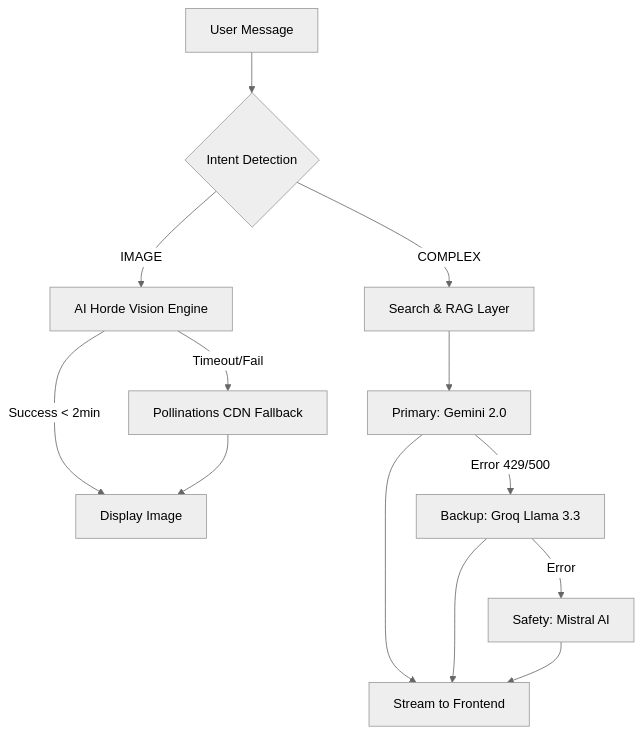
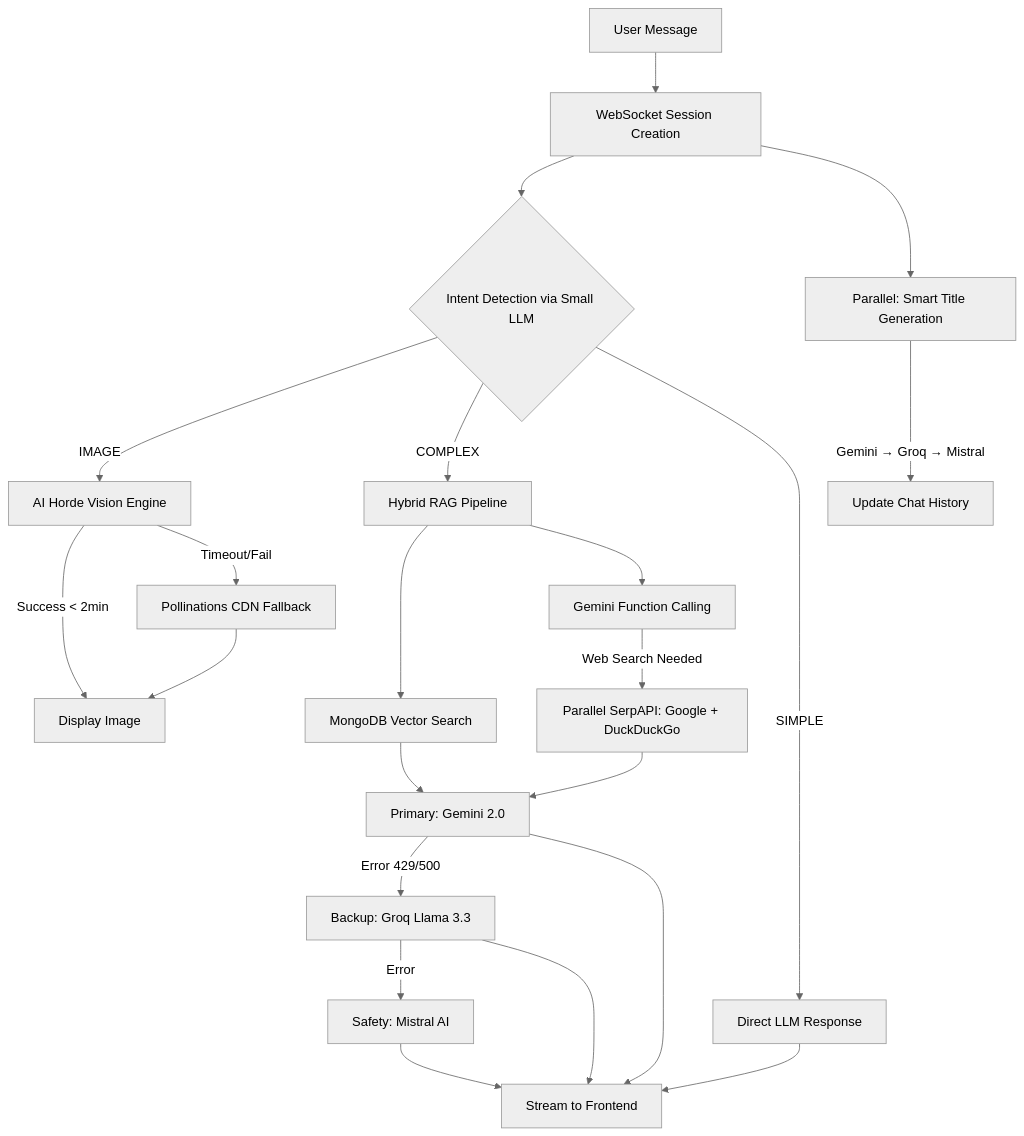
One commit to sriram629/AI-ChatBot changed the diagram in README.md. Above: the diagram before and after it, drawn with Mermaid (neutral theme). The commit also changed other lines of this file, not shown here.

````diff
--- a/README.md
+++ b/README.md
@@ -26,16 +26,27 @@
 ```mermaid
 graph TD
-    A[User Message] --> B{Intent Detection}
-    B -- "IMAGE" --> C[AI Horde Vision Engine]
-    C -- "Success < 2min" --> D[Display Image]
-    C -- "Timeout/Fail" --> E[Pollinations CDN Fallback]
-    E --> D
+    A[User Message] --> B[WebSocket Session Creation]
+    B --> C{Intent Detection via Small LLM}
+    C -- "IMAGE" --> D[AI Horde Vision Engine]
+    D -- "Success < 2min" --> E[Display Image]
+    D -- "Timeout/Fail" --> F[Pollinations CDN Fallback]
+    F --> E
     
-    B -- "COMPLEX" --> F[Search & RAG Layer]
-    F --> G[Primary: Gemini 2.0]
-    G -- "Error 429/500" --> H[Backup: Groq Llama 3.3]
-    H -- "Error" --> I[Safety: Mistral AI]
-    G --> J[Stream to Frontend]
-    H --> J
-    I --> J
+    C -- "COMPLEX" --> G[Hybrid RAG Pipeline]
+    G --> H[MongoDB Vector Search]
+    G --> I[Gemini Function Calling]
+    I -- "Web Search Needed" --> J[Parallel SerpAPI: Google + DuckDuckGo]
+    J --> K[Primary: Gemini 2.0]
+    H --> K
+    K -- "Error 429/500" --> L[Backup: Groq Llama 3.3]
+    L -- "Error" --> M[Safety: Mistral AI]
+    K --> N[Stream to Frontend]
+    L --> N
+    M --> N
+    
+    C -- "SIMPLE" --> O[Direct LLM Response]
+    O --> N
+    
+    B --> P[Parallel: Smart Title Generation]
+    P -- "Gemini → Groq → Mistral" --> Q[Update Chat History]
 ```
````
